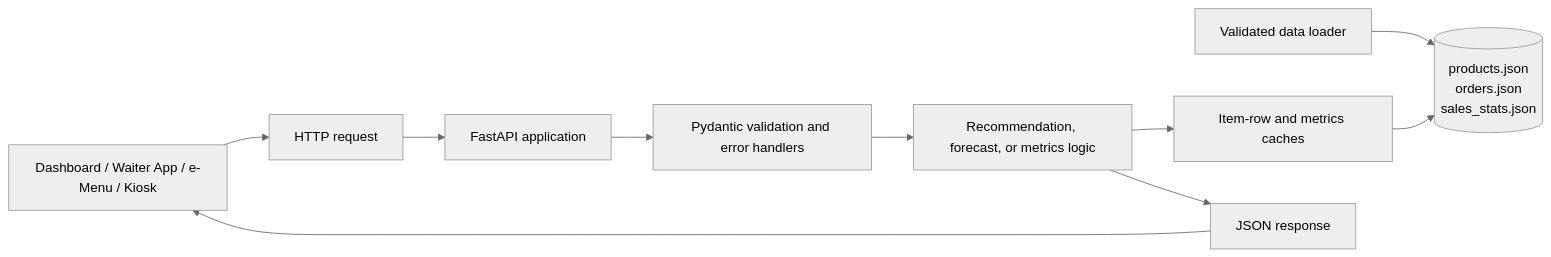
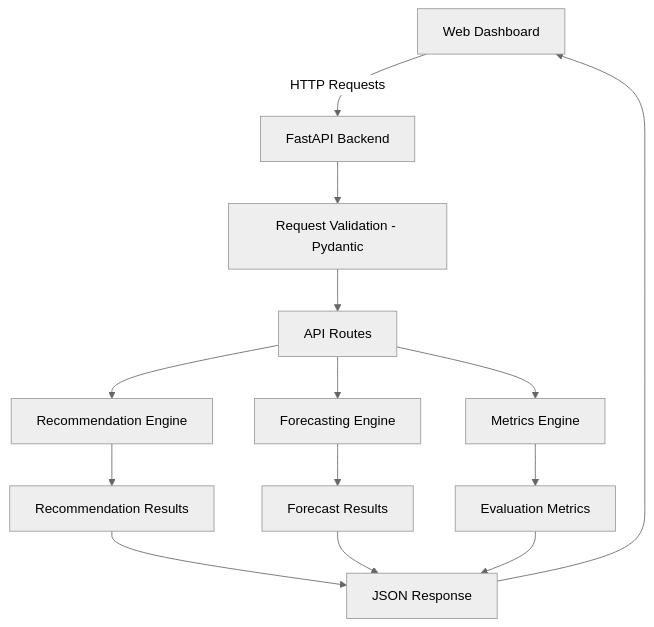
The diagram in README.md (konsamarinas/Dobby-APi-System), drawn with Mermaid (neutral theme) before and after one commit. The commit also changed other lines of this file, not shown here.

First line of the commit message:
Rename project to Dobby API System and update README

````diff
--- a/README.md
+++ b/README.md
@@ -44,18 +120,21 @@
 ```mermaid
-flowchart LR
-    Client[Dashboard / Waiter App / e-Menu / Kiosk]
-    Request[HTTP request]
-    FastAPI[FastAPI application]
-    Validation[Pydantic validation and error handlers]
-    Logic[Recommendation, forecast, or metrics logic]
-    Cache[Item-row and metrics caches]
-    Loader[Validated data loader]
-    Data[(products.json<br/>orders.json<br/>sales_stats.json)]
-    Response[JSON response]
+flowchart TD
+    A[Web Dashboard] -->|HTTP Requests| B[FastAPI Backend]
 
-    Client --> Request --> FastAPI --> Validation --> Logic
-    Loader --> Data
-    Logic --> Cache
-    Cache --> Data
-    Logic --> Response --> Client
+    B --> C[Request Validation - Pydantic]
+    C --> D[API Routes]
+
+    D --> E[Recommendation Engine]
+    D --> F[Forecasting Engine]
+    D --> G[Metrics Engine]
+
+    E --> H[Recommendation Results]
+    F --> I[Forecast Results]
+    G --> J[Evaluation Metrics]
+
+    H --> K[JSON Response]
+    I --> K
+    J --> K
+
+    K --> A
 ```
````
